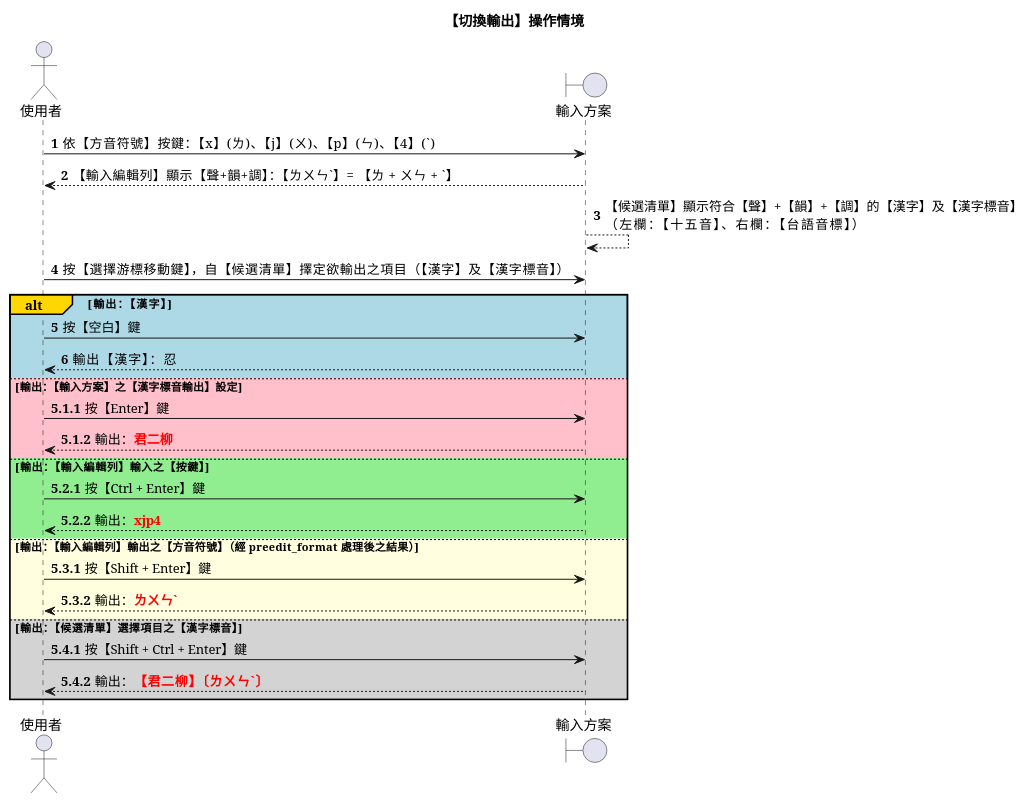
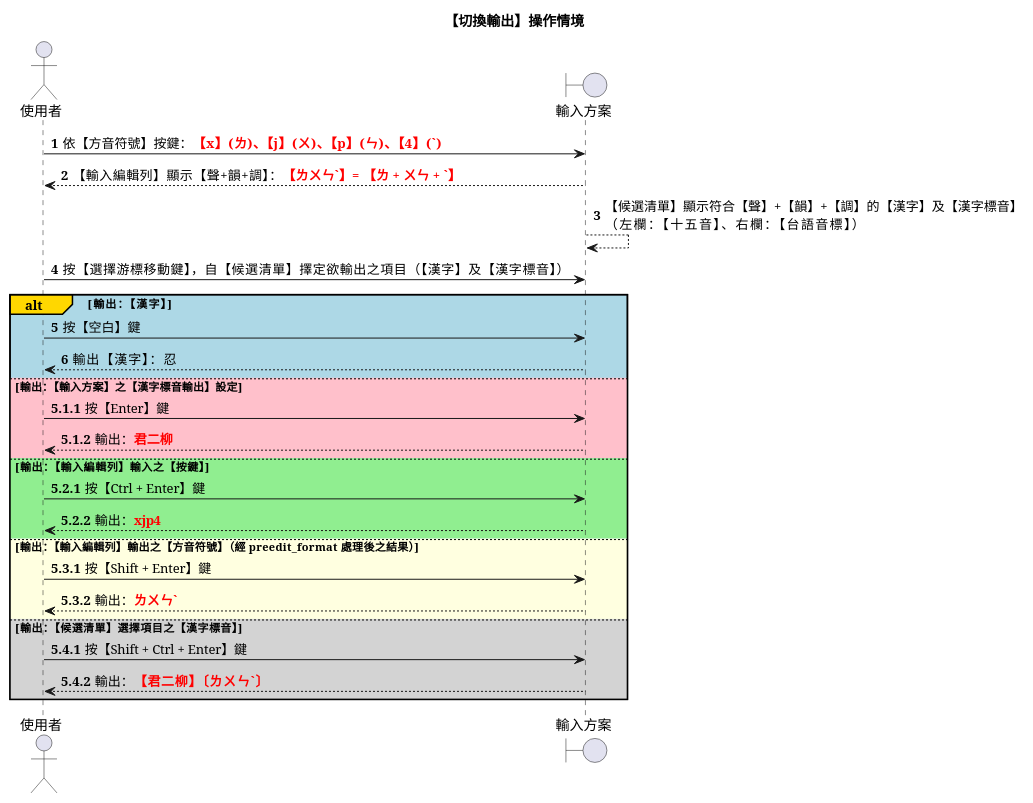
One commit to AlanJui/rime-tlpa changed diagram 12 of 13 in docs/310_反切輸入法【台語音標】設計規格.md. Above: the diagram before and after it, drawn with PlantUML.

Commit message:
310.md v0.1.6.5

````diff
--- a/docs/310_反切輸入法【台語音標】設計規格.md
+++ b/docs/310_反切輸入法【台語音標】設計規格.md
@@ -584,40 +584,40 @@
 ```plantuml
 @startuml
 title 【切換輸出】操作情境
 actor 使用者 as user
 boundary 輸入方案 as ime
 autonumber
 
-user -> ime : 依【方音符號】按鍵：【x】(ㄌ)、【j】(ㄨ)、【p】(ㄣ)、【4】(ˋ)
-ime --> user : 【輸入編輯列】顯示【聲+韻+調】：【ㄌㄨㄣˋ】= 【ㄌ + ㄨㄣ + ˋ】
+user -> ime : 依【方音符號】按鍵：<font color=red><b>【x】(ㄌ)、【j】(ㄨ)、【p】(ㄣ)、【4】(ˋ)
+ime --> user : 【輸入編輯列】顯示【聲+韻+調】：<font color=red><b>【ㄌㄨㄣˋ】= 【ㄌ + ㄨㄣ + ˋ】
 ime --> ime : 【候選清單】顯示符合【聲】+【韻】+【調】的【漢字】及【漢字標音】\n（左欄：【十五音】、右欄：【台語音標】）
 
 user -> ime : 按【選擇游標移動鍵】，自【候選清單】擇定欲輸出之項目（【漢字】及【漢字標音】）
 
 alt#Gold #LightBlue 輸出：【漢字】
     user -> ime : 按【空白】鍵
     ime --> user : 輸出【漢字】：忍
 
 autonumber 5.1.1
 else #Pink 輸出：【輸入方案】之【漢字標音輸出】設定
     user -> ime : 按【Enter】鍵
     ime --> user : 輸出：<font color=red><b>君二柳
 
 autonumber 5.2.1
 else #LightGreen 輸出：【輸入編輯列】輸入之【按鍵】
     user -> ime : 按【Ctrl + Enter】鍵
     ime --> user : 輸出：<font color=red><b>xjp4
 
 autonumber 5.3.1
 else #LightYellow 輸出：【輸入編輯列】輸出之【方音符號】（經 preedit_format 處理後之結果）
     user -> ime : 按【Shift + Enter】鍵
     ime --> user : 輸出：<font color=red><b>ㄌㄨㄣˋ
 
 autonumber 5.4.1
 else #LightGrey 輸出：【候選清單】選擇項目之【漢字標音】
     user -> ime : 按【Shift + Ctrl + Enter】鍵
     ime --> user : 輸出：<font color=red><b>【君二柳】〔ㄌㄨㄣˋ〕
 end
 
 @enduml
 ```
````
